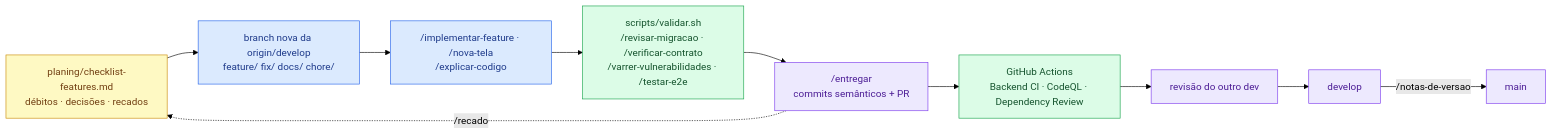
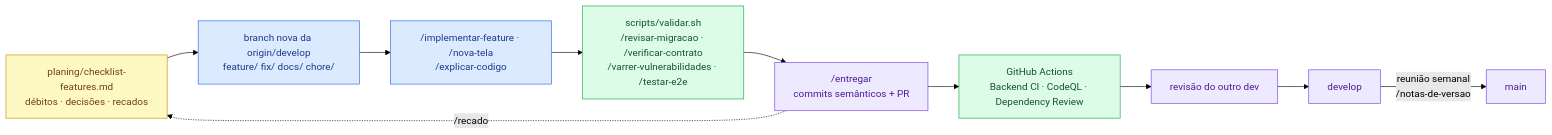
The tenth of 11 diagrams in FLUXOS.md (k3vinrich4rd/rkf_bank), drawn with Mermaid (forest theme) before and after one commit. The commit also changed other lines of this file and 19 other files, not shown here.

````diff
--- a/FLUXOS.md
+++ b/FLUXOS.md
@@ -333,17 +519,17 @@
 ```mermaid
 flowchart LR
     classDef plano fill:#fef9c3,stroke:#ca8a04,color:#713f12
     classDef faz fill:#dbeafe,stroke:#2563eb,color:#1e3a8a
     classDef valida fill:#dcfce7,stroke:#16a34a,color:#14532d
     classDef entrega fill:#ede9fe,stroke:#7c3aed,color:#4c1d95
 
     CK["planing/checklist-features.md<br/>débitos · decisões · recados"]:::plano --> BR["branch nova da origin/develop<br/>feature/ fix/ docs/ chore/"]:::faz
     BR --> IMP["/implementar-feature · /nova-tela<br/>/explicar-codigo"]:::faz
     IMP --> VAL["scripts/validar.sh<br/>/revisar-migracao · /verificar-contrato<br/>/varrer-vulnerabilidades · /testar-e2e"]:::valida
     VAL --> ENT["/entregar<br/>commits semânticos + PR"]:::entrega
     ENT --> CI["GitHub Actions<br/>Backend CI · CodeQL · Dependency Review"]:::valida
     CI --> REV["revisão do outro dev"]:::entrega
     REV --> DEV["develop"]:::entrega
-    DEV -->|"/notas-de-versao"| MAIN["main"]:::entrega
+    DEV -->|"reunião semanal<br/>/notas-de-versao"| MAIN["main"]:::entrega
     ENT -.->|"/recado"| CK
 ```
````
